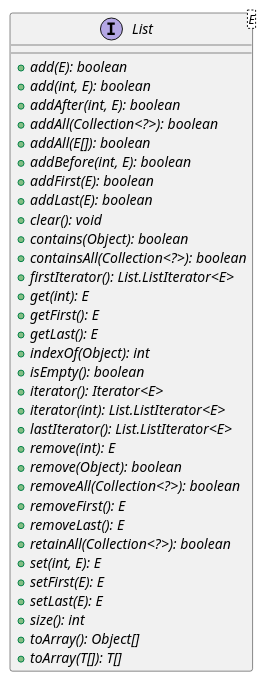
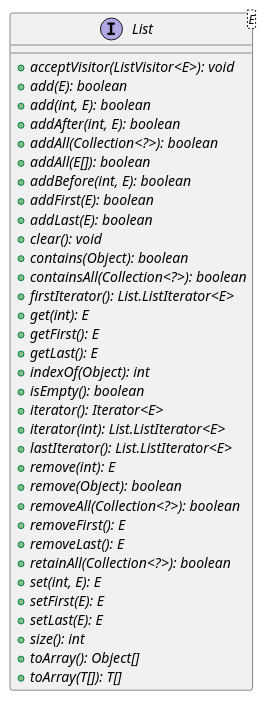
One commit to P-Kalin/kit26a changed the diagram in malokhvii-eduard/malokhvii05/doc/plantuml/ua/khpi/oop/malokhvii05/common/collect/List.puml. Above: the diagram before and after it, drawn with PlantUML. The commit also changed 47 other files, not shown here.

Commit message:
#3, #13 malokhvii05: update graphs

```diff
--- a/malokhvii-eduard/malokhvii05/doc/plantuml/ua/khpi/oop/malokhvii05/common/collect/List.puml
+++ b/malokhvii-eduard/malokhvii05/doc/plantuml/ua/khpi/oop/malokhvii05/common/collect/List.puml
@@ -1,38 +1,39 @@
 @startuml
 
     interface List<E> {
+        {abstract} +acceptVisitor(ListVisitor<E>): void
         {abstract} +add(E): boolean
         {abstract} +add(int, E): boolean
         {abstract} +addAfter(int, E): boolean
         {abstract} +addAll(Collection<?>): boolean
         {abstract} +addAll(E[]): boolean
         {abstract} +addBefore(int, E): boolean
         {abstract} +addFirst(E): boolean
         {abstract} +addLast(E): boolean
         {abstract} +clear(): void
         {abstract} +contains(Object): boolean
         {abstract} +containsAll(Collection<?>): boolean
         {abstract} +firstIterator(): List.ListIterator<E>
         {abstract} +get(int): E
         {abstract} +getFirst(): E
         {abstract} +getLast(): E
         {abstract} +indexOf(Object): int
         {abstract} +isEmpty(): boolean
         {abstract} +iterator(): Iterator<E>
         {abstract} +iterator(int): List.ListIterator<E>
         {abstract} +lastIterator(): List.ListIterator<E>
         {abstract} +remove(int): E
         {abstract} +remove(Object): boolean
         {abstract} +removeAll(Collection<?>): boolean
         {abstract} +removeFirst(): E
         {abstract} +removeLast(): E
         {abstract} +retainAll(Collection<?>): boolean
         {abstract} +set(int, E): E
         {abstract} +setFirst(E): E
         {abstract} +setLast(E): E
         {abstract} +size(): int
         {abstract} +toArray(): Object[]
         {abstract} +toArray(T[]): T[]
     }
 
 @enduml
```
